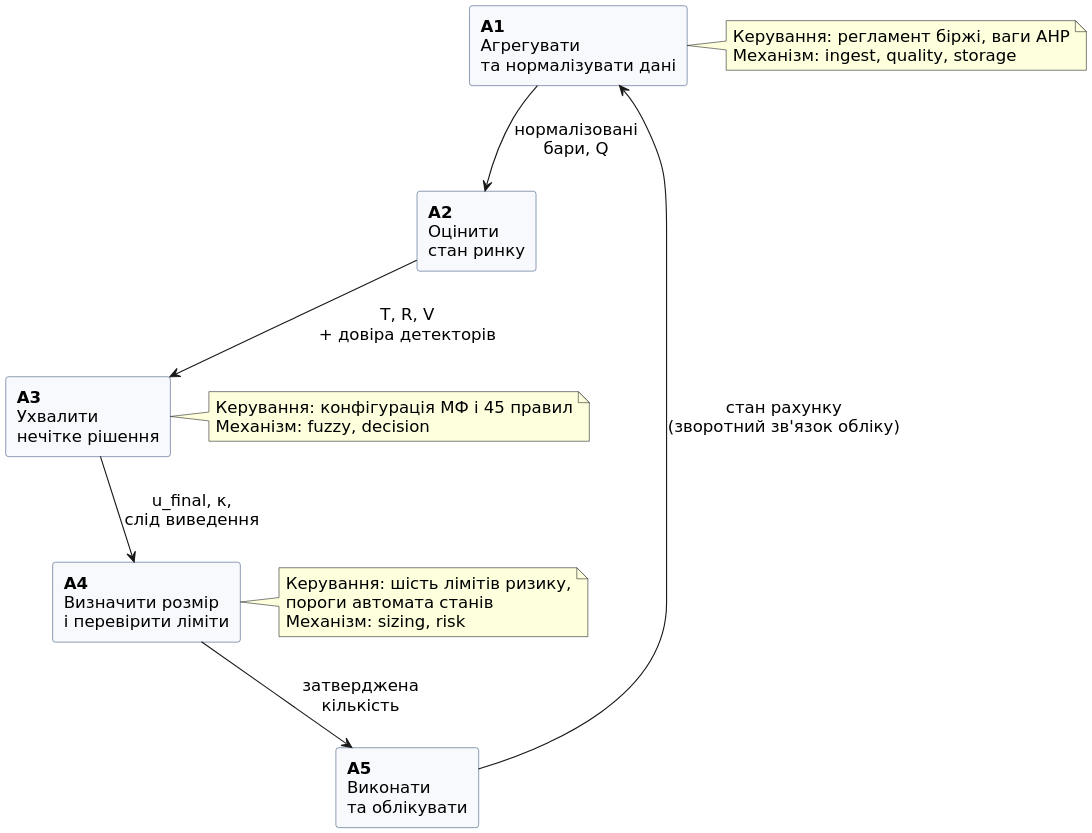
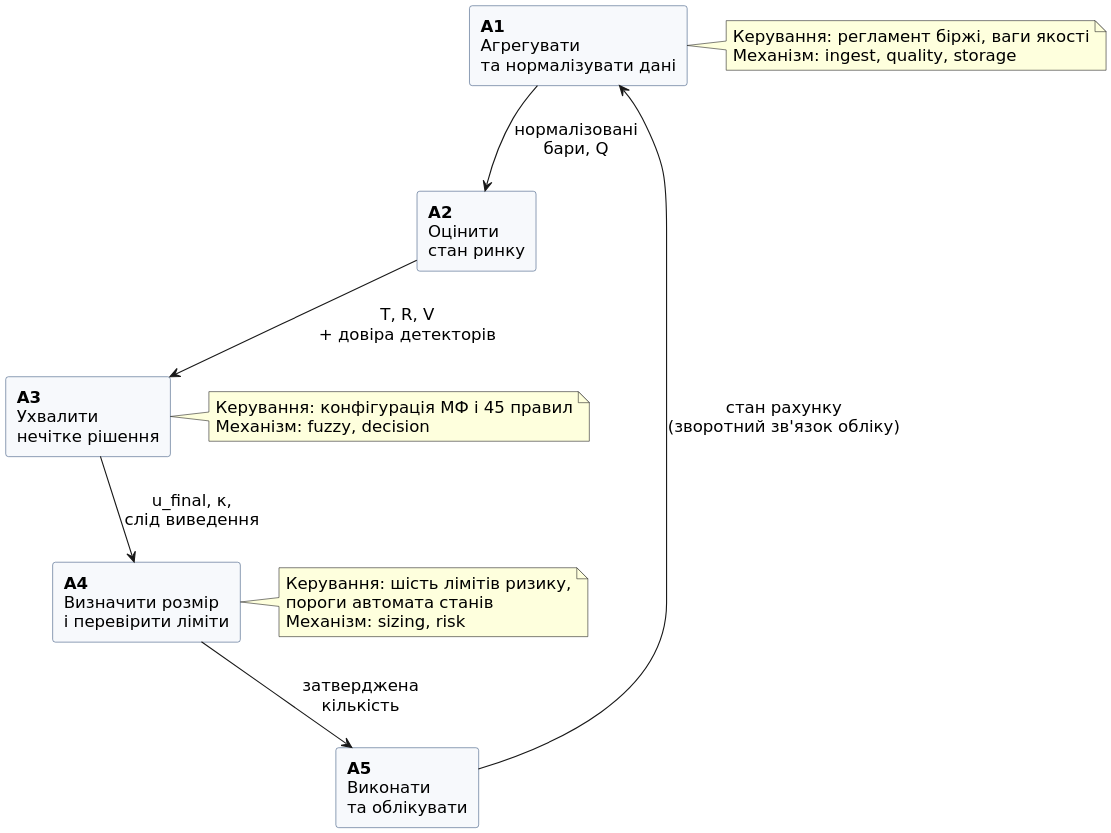
The diagram in docs/diagrams/idef0/a0_decomposition.puml (AndrZhuk/FuzzHelm), drawn with PlantUML before and after one commit. The commit also changed 11 other files, not shown here.

Commit message:
Diagrams: plan and components follow the simplified scope

```diff
--- a/docs/diagrams/idef0/a0_decomposition.puml
+++ b/docs/diagrams/idef0/a0_decomposition.puml
@@ -1,40 +1,40 @@
 @startuml
 ' IDEF0, декомпозиція A0 на п'ять функцій.
 ' Найменування: docs/diagrams/idef0/a0_decomposition.puml
 ' Призначення: показати, що потік даних односпрямований і кожна функція має власне
 '     керування; відповідає межам пакетів src/fuzzhelm. Звіт §2.3.
 ' Автор: Андрій Жук, 2026.
 top to bottom direction
 skinparam dpi 200
 skinparam defaultFontName "DejaVu Sans"
 skinparam defaultFontSize 15
 skinparam rectangle {
   BackgroundColor #F7F9FC
   BorderColor #33507A
 }
 rectangle "**A1**\nАгрегувати\nта нормалізувати дані" as A1
 rectangle "**A2**\nОцінити\nстан ринку" as A2
 rectangle "**A3**\nУхвалити\nнечітке рішення" as A3
 rectangle "**A4**\nВизначити розмір\nі перевірити ліміти" as A4
 rectangle "**A5**\nВиконати\nта облікувати" as A5
 
 A1 --> A2 : нормалізовані\nбари, Q
 A2 --> A3 : T, R, V\n+ довіра детекторів
 A3 --> A4 : u_final, κ,\nслід виведення
 A4 --> A5 : затверджена\nкількість
 A5 --> A1 : стан рахунку\n(зворотний зв'язок обліку)
 
 note right of A1
-  Керування: регламент біржі, ваги AHP
+  Керування: регламент біржі, ваги якості
   Механізм: ingest, quality, storage
 end note
 note right of A3
   Керування: конфігурація МФ і 45 правил
   Механізм: fuzzy, decision
 end note
 note right of A4
   Керування: шість лімітів ризику,
   пороги автомата станів
   Механізм: sizing, risk
 end note
 @enduml
```
